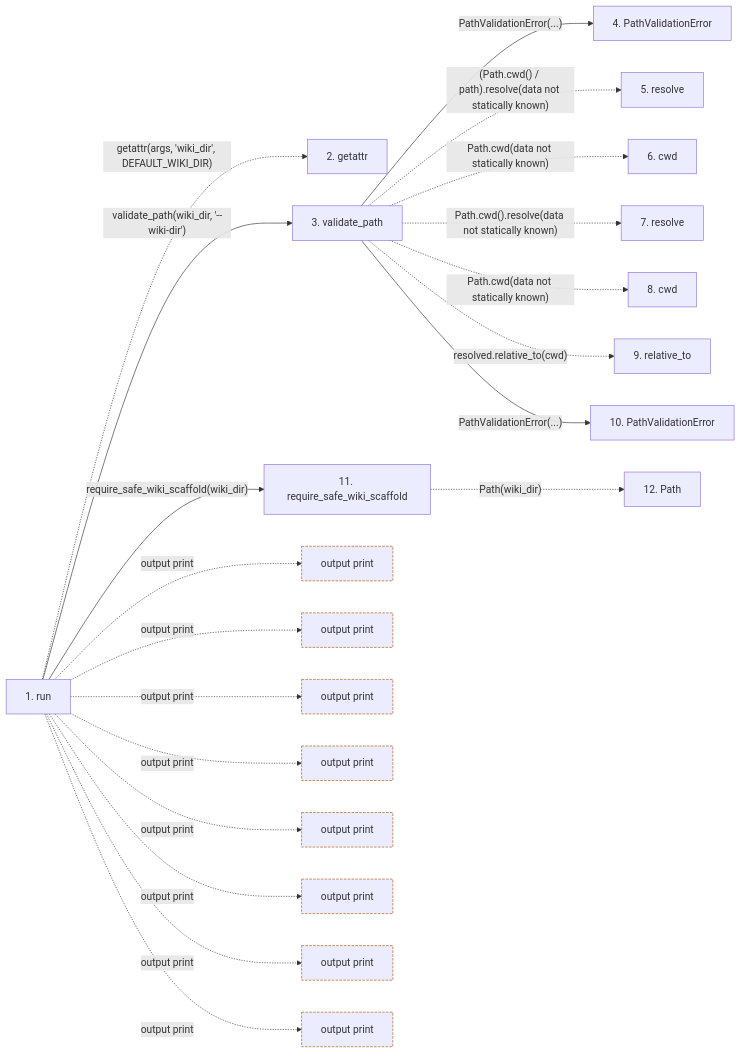
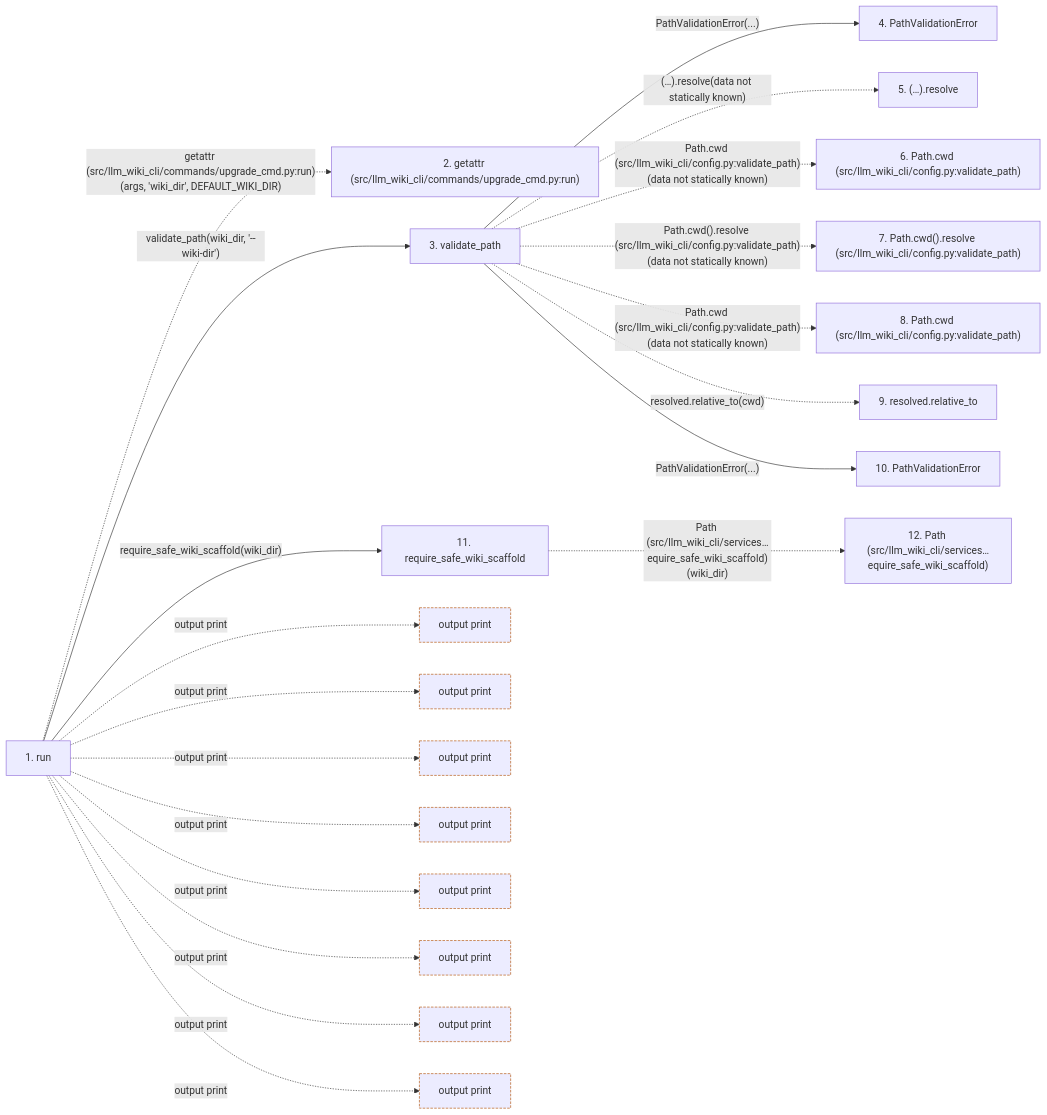
Before and after one commit to Denissvgn/python-wiki-llm: the second of 2 diagrams in docs/llm_wiki/flows/cli-upgrade.md, drawn with Mermaid. The commit also changed other lines of this file and 719 other files, not shown here.

````diff
--- a/docs/llm_wiki/flows/cli-upgrade.md
+++ b/docs/llm_wiki/flows/cli-upgrade.md
@@ -89,56 +94,56 @@
 ```mermaid
 flowchart LR
     s1["1. run"]
-    s2["2. getattr"]
+    s2["2. getattr (src/llm_wiki_cli/commands/upgrade_cmd.py:run)"]
     s3["3. validate_path"]
     s4["4. PathValidationError"]
-    s5["5. resolve"]
-    s6["6. cwd"]
-    s7["7. resolve"]
-    s8["8. cwd"]
-    s9["9. relative_to"]
+    s5["5. (…).resolve"]
+    s6["6. Path.cwd (src/llm_wiki_cli/config.py:validate_path)"]
+    s7["7. Path.cwd().resolve (src/llm_wiki_cli/config.py:validate_path)"]
+    s8["8. Path.cwd (src/llm_wiki_cli/config.py:validate_path)"]
+    s9["9. resolved.relative_to"]
     s10["10. PathValidationError"]
     s11["11. require_safe_wiki_scaffold"]
-    s12["12. Path"]
-    s1 -. "getattr(args, 'wiki_dir', DEFAULT_WIKI_DIR)" .-> s2
+    s12["12. Path (src/llm_wiki_cli/services…equire_safe_wiki_scaffold)"]
+    s1 -. "getattr (src/llm_wiki_cli/commands/upgrade_cmd.py:run)(args, 'wiki_dir', DEFAULT_WIKI_DIR)" .-> s2
     s1 -->|"validate_path(wiki_dir, '--wiki-dir')"| s3
     s3 -->|"PathValidationError(...)"| s4
-    s3 -. "(Path.cwd() / path).resolve(data not statically known)" .-> s5
-    s3 -. "Path.cwd(data not statically known)" .-> s6
-    s3 -. "Path.cwd().resolve(data not statically known)" .-> s7
-    s3 -. "Path.cwd(data not statically known)" .-> s8
+    s3 -. "(…).resolve(data not statically known)" .-> s5
+    s3 -. "Path.cwd (src/llm_wiki_cli/config.py:validate_path)(data not statically known)" .-> s6
+    s3 -. "Path.cwd().resolve (src/llm_wiki_cli/config.py:validate_path)(data not statically known)" .-> s7
+    s3 -. "Path.cwd (src/llm_wiki_cli/config.py:validate_path)(data not statically known)" .-> s8
     s3 -. "resolved.relative_to(cwd)" .-> s9
     s3 -->|"PathValidationError(...)"| s10
     s1 -->|"require_safe_wiki_scaffold(wiki_dir)"| s11
-    s11 -. "Path(wiki_dir)" .-> s12
+    s11 -. "Path (src/llm_wiki_cli/services…equire_safe_wiki_scaffold)(wiki_dir)" .-> s12
     b0["output print"]
     s1 -. "output print" .-> b0
     b1["output print"]
     s1 -. "output print" .-> b1
     b2["output print"]
     s1 -. "output print" .-> b2
     b3["output print"]
     s1 -. "output print" .-> b3
     b4["output print"]
     s1 -. "output print" .-> b4
     b5["output print"]
     s1 -. "output print" .-> b5
     b6["output print"]
     s1 -. "output print" .-> b6
     b7["output print"]
     s1 -. "output print" .-> b7
     click s1 "../modules/upgrade_cmd.md"
     click s3 "../modules/config.md"
     click s4 "../modules/config.md"
     click s10 "../modules/config.md"
     click s11 "../modules/wiki_lifecycle.md"
     classDef boundary stroke:#b45309,stroke-dasharray: 4 2
     class b0 boundary
     class b1 boundary
     class b2 boundary
     class b3 boundary
     class b4 boundary
     class b5 boundary
     class b6 boundary
     class b7 boundary
 ```
````
